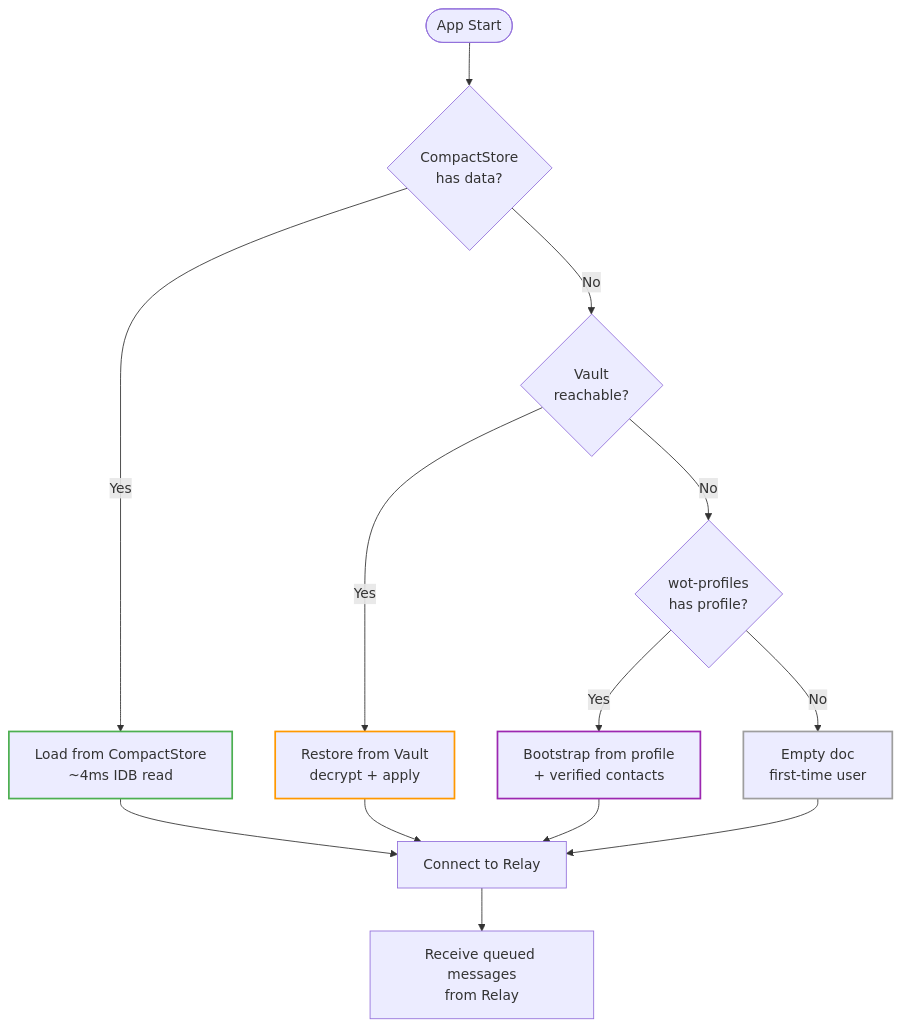
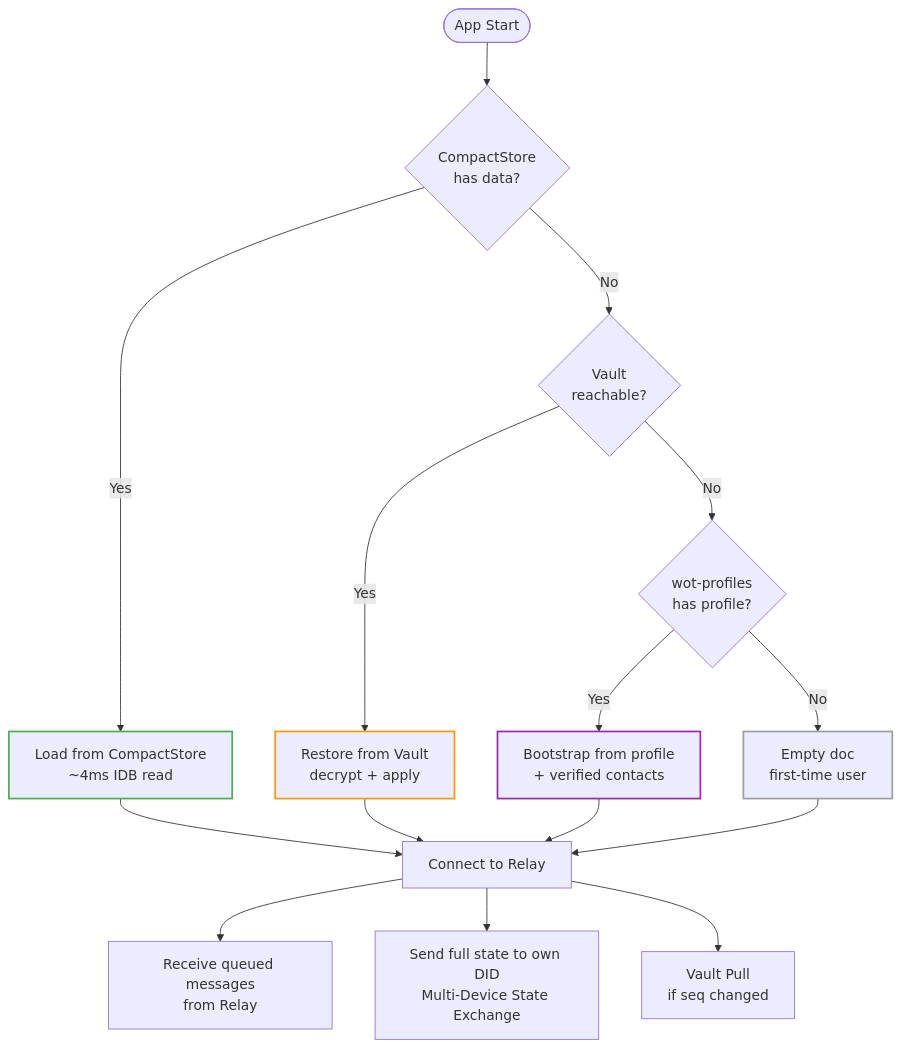
The third of 7 diagrams in docs/architecture/sync.md (real-life-org/web-of-trust), drawn with Mermaid before and after one commit. The commit also changed other lines of this file, not shown here.

First line of the commit message:
docs: add Multi-Device Sync section to sync.md

````diff
--- a/docs/architecture/sync.md
+++ b/docs/architecture/sync.md
@@ -82,25 +82,27 @@
 ```mermaid
 flowchart TD
     Start([App Start]) --> CS{CompactStore<br/>has data?}
 
     CS -->|Yes| Load[Load from CompactStore<br/>~4ms IDB read]
     CS -->|No| Vault{Vault<br/>reachable?}
 
     Vault -->|Yes| Restore[Restore from Vault<br/>decrypt + apply]
     Vault -->|No| Profiles{wot-profiles<br/>has profile?}
 
     Profiles -->|Yes| Bootstrap[Bootstrap from profile<br/>+ verified contacts]
     Profiles -->|No| New[Empty doc<br/>first-time user]
 
     Load --> Connect[Connect to Relay]
     Restore --> Connect
     Bootstrap --> Connect
     New --> Connect
 
     Connect --> Sync[Receive queued messages<br/>from Relay]
+    Connect --> SE[Send full state to own DID<br/>Multi-Device State Exchange]
+    Connect --> VP[Vault Pull<br/>if seq changed]
 
     style Load stroke:#4caf50,stroke-width:2px
     style Restore stroke:#ff9800,stroke-width:2px
     style Bootstrap stroke:#9c27b0,stroke-width:2px
     style New stroke:#9e9e9e,stroke-width:2px
 ```
````
